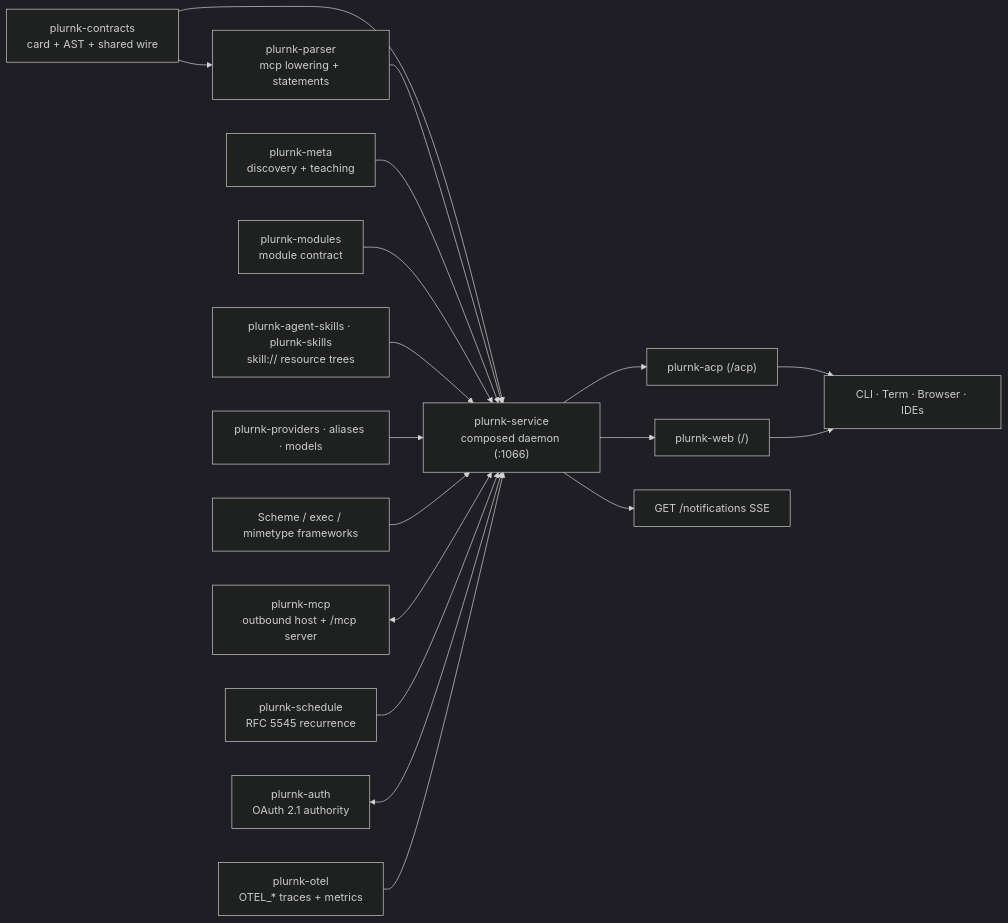
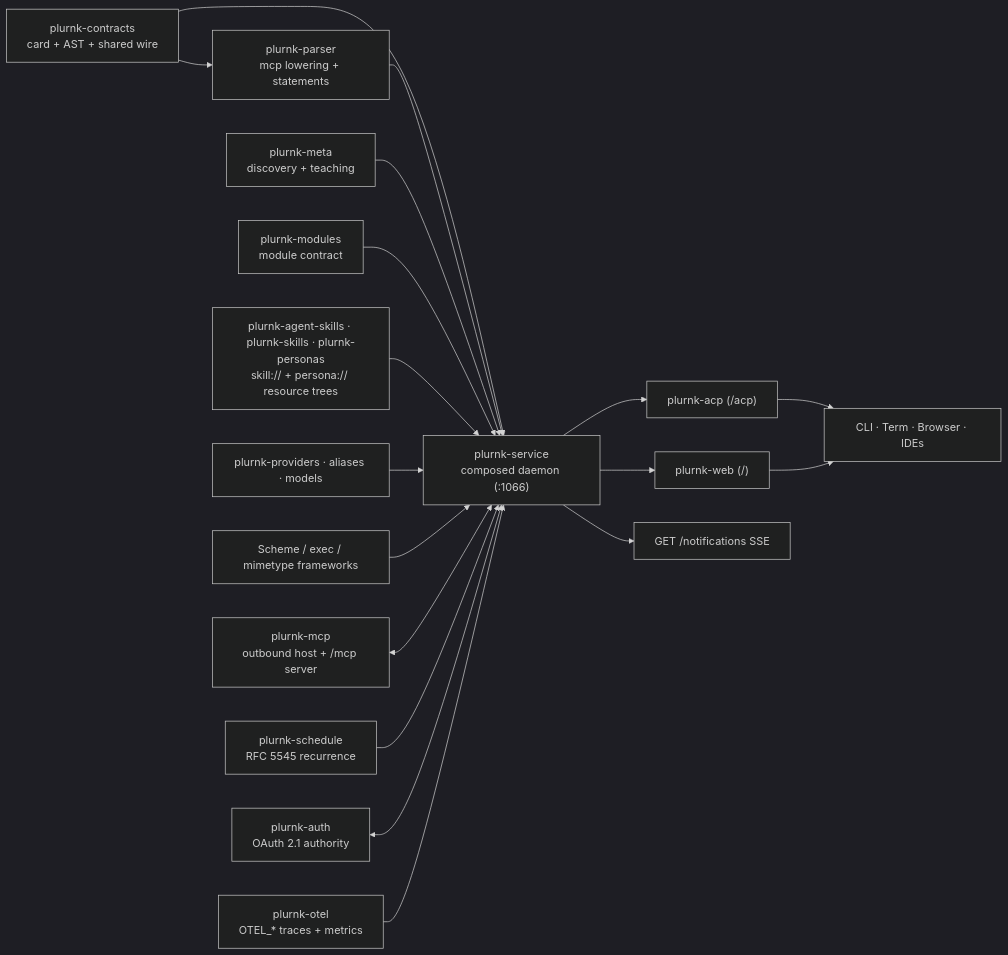
Before and after one commit to plurnk/plurnk-service: the second of 5 diagrams in ARCHITECTURE.md, drawn with Mermaid (dark theme). The commit also changed other lines of this file and 43 other files, not shown here.

Commit message:
feat(personas): extract @plurnk/plurnk-personas over shared resource trees (#1559)

````diff
--- a/ARCHITECTURE.md
+++ b/ARCHITECTURE.md
@@ -69,19 +69,19 @@
 ```mermaid
 flowchart LR
     contracts["plurnk-contracts<br/>card + AST + shared wire"] --> parser["plurnk-parser<br/>mcp lowering + statements"] & core
     parser --> core
     meta["plurnk-meta<br/>discovery + teaching"] --> core
     modules["plurnk-modules<br/>module contract"] --> core
-    skills["plurnk-agent-skills · plurnk-skills<br/>skill:// resource trees"] --> core
+    skills["plurnk-agent-skills · plurnk-skills · plurnk-personas<br/>skill:// + persona:// resource trees"] --> core
     providers["plurnk-providers · aliases · models"] --> core
     frameworks["Scheme / exec / mimetype frameworks"] --> core
     mcp["plurnk-mcp<br/>outbound host + /mcp server"] <--> core
     schedule["plurnk-schedule<br/>RFC 5545 recurrence"] --> core
     auth["plurnk-auth<br/>OAuth 2.1 authority"] <--> core
     otel["plurnk-otel<br/>OTEL_* traces + metrics"] --> core
     core["plurnk-service<br/>composed daemon (:1066)"]
     core --> acp["plurnk-acp (/acp)"]
     core --> web["plurnk-web (/)"]
     core --> notifications["GET /notifications SSE"]
     acp & web --> clients["CLI · Term · Browser · IDEs"]
 ```
````
